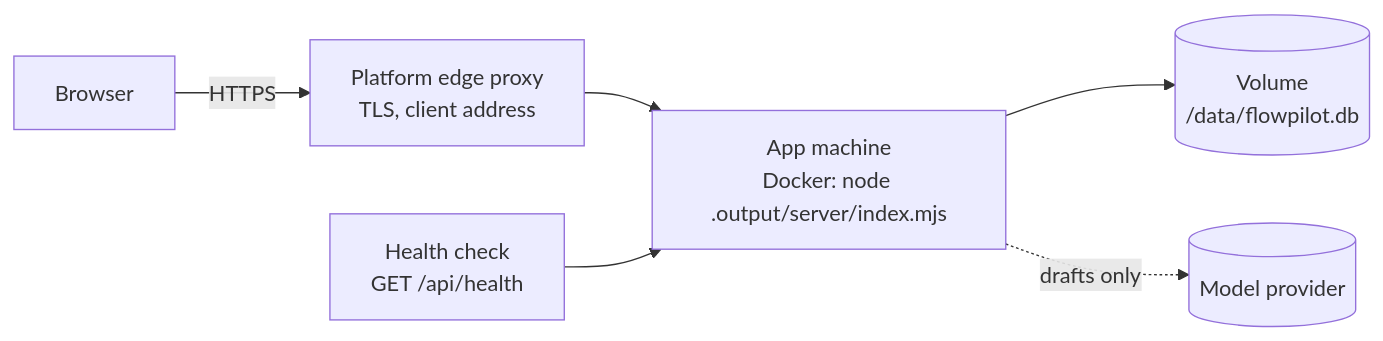
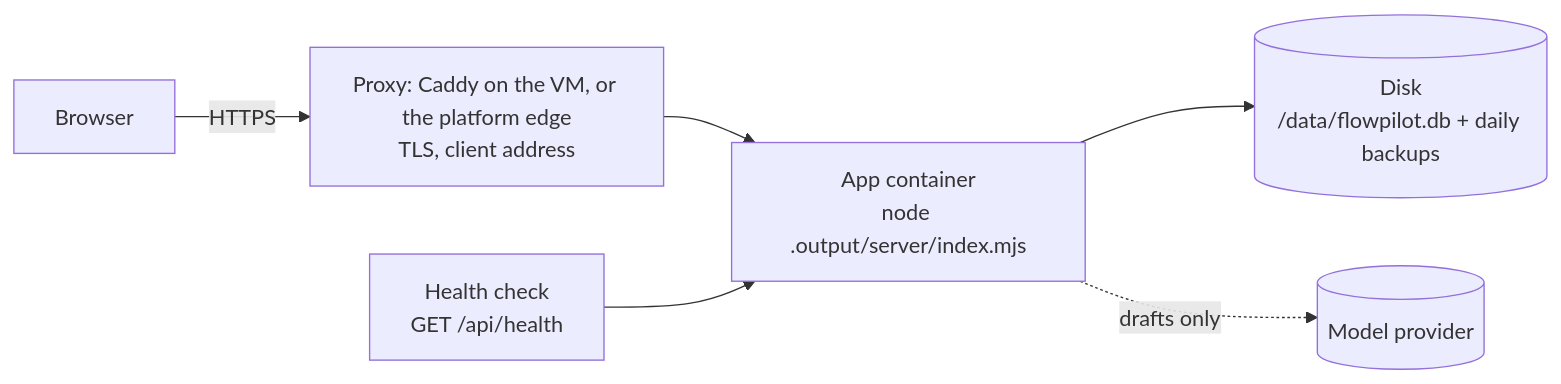
The fifth of 5 diagrams in docs/system-design.md (Abhinavsuri90/flowpilot), drawn with Mermaid before and after one commit. The commit also changed other lines of this file and 16 other files, not shown here.

````diff
--- a/docs/system-design.md
+++ b/docs/system-design.md
@@ -289,8 +289,8 @@
 ```mermaid
 flowchart LR
-  U[Browser] -- HTTPS --> E[Platform edge proxy<br/>TLS, client address]
-  E --> M[App machine<br/>Docker: node .output/server/index.mjs]
-  M --> V[(Volume<br/>/data/flowpilot.db)]
+  U[Browser] -- HTTPS --> E[Proxy: Caddy on the VM, or the platform edge<br/>TLS, client address]
+  E --> M[App container<br/>node .output/server/index.mjs]
+  M --> V[(Disk<br/>/data/flowpilot.db + daily backups)]
   M -. drafts only .-> P[(Model provider)]
   H[Health check<br/>GET /api/health] --> M
 ```
````
